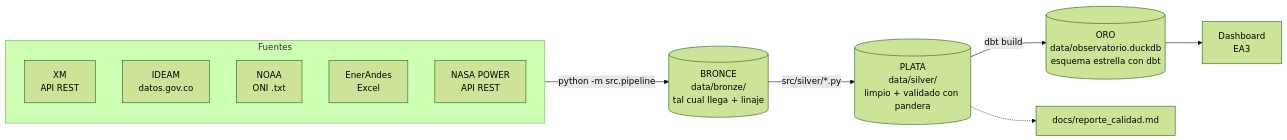
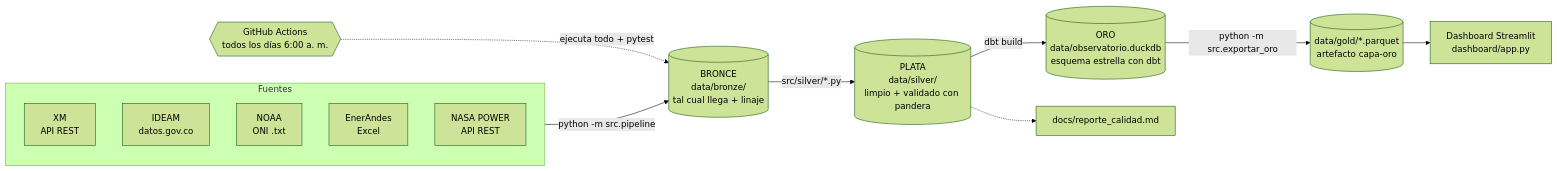
The first of 2 diagrams in README.md (aleicer/pi4-observatorio-energia-grupo-1), drawn with Mermaid (forest theme) before and after one commit. The commit also changed other lines of this file and 7 other files, not shown here.

````diff
--- a/README.md
+++ b/README.md
@@ -52,18 +54,20 @@
 ```mermaid
 flowchart LR
     subgraph F[Fuentes]
         XM[XM<br/>API REST]
         ID[IDEAM<br/>datos.gov.co]
         NO[NOAA<br/>ONI .txt]
         EA[EnerAndes<br/>Excel]
         NA[NASA POWER<br/>API REST]
     end
     B[(BRONCE<br/>data/bronze/<br/>tal cual llega + linaje)]
     S[(PLATA<br/>data/silver/<br/>limpio + validado con pandera)]
     G[(ORO<br/>data/observatorio.duckdb<br/>esquema estrella con dbt)]
     F -->|python -m src.pipeline| B
     B -->|src/silver/*.py| S
     S -->|dbt build| G
-    G --> D[Dashboard<br/>EA3]
+    G -->|python -m src.exportar_oro| P[(data/gold/*.parquet<br/>artefacto capa-oro)]
+    P --> D[Dashboard Streamlit<br/>dashboard/app.py]
     S -.-> R[docs/reporte_calidad.md]
+    A{{GitHub Actions<br/>todos los días 6:00 a. m.}} -.->|ejecuta todo + pytest| B
 ```
````
